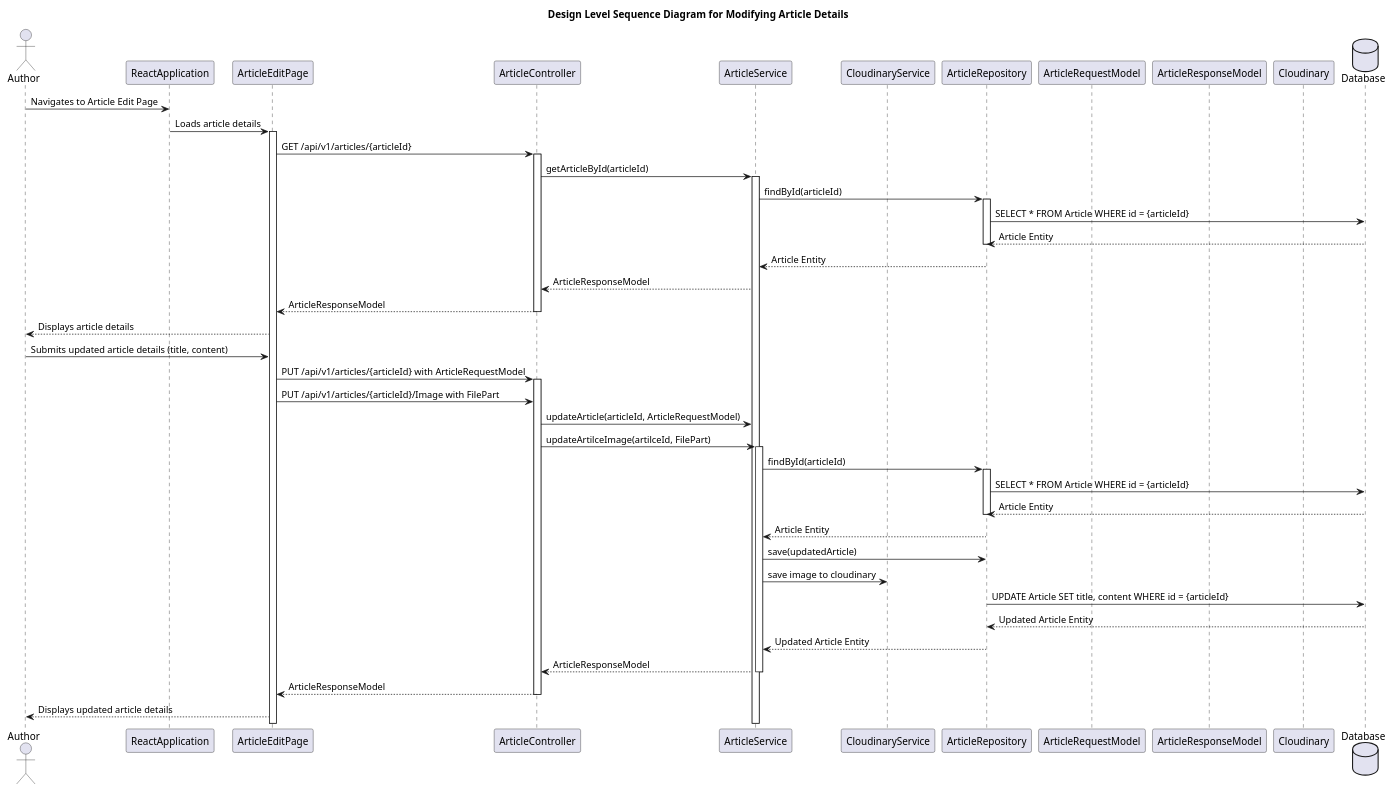
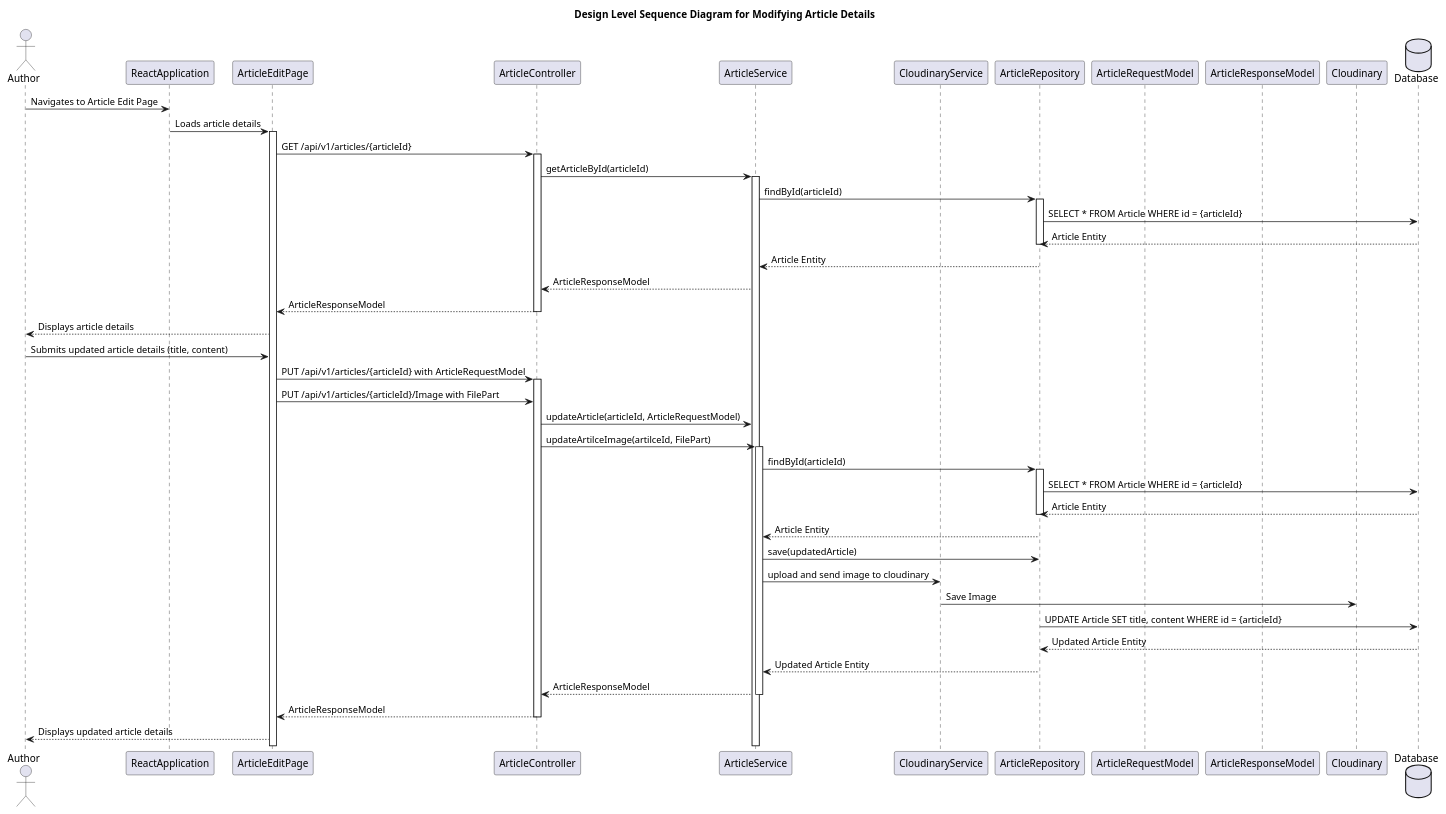
Before and after one commit to Valthefirst/league_alerts-ChamplainECP: the diagram in Diagrams/Sprints/Sprint3-Diagrams/DLSD/DLSDUpdateArticleImage.puml, drawn with PlantUML. The commit also changed 10 other files, not shown here.

Commit message:
added diagrams and changed axios url to match deployment

```diff
--- a/Diagrams/Sprints/Sprint3-Diagrams/DLSD/DLSDUpdateArticleImage.puml
+++ b/Diagrams/Sprints/Sprint3-Diagrams/DLSD/DLSDUpdateArticleImage.puml
@@ -1,61 +1,62 @@
 @startuml
 title Design Level Sequence Diagram for Modifying Article Details
 
 actor Author
 participant "ReactApplication" as RA
 participant "ArticleEditPage" as EditPage
 participant "ArticleController" as Controller
 participant "ArticleService" as Service
 participant "CloudinaryService" as CloudinaryService
 participant "ArticleRepository" as Repository
 participant "ArticleRequestModel" as RequestModel
 participant "ArticleResponseModel" as ResponseModel
 participant "Cloudinary" as Cloudinary
 database "Database" as DB
 
 Author -> RA : Navigates to Article Edit Page
 RA -> EditPage : Loads article details
 activate EditPage
 
 EditPage -> Controller : GET /api/v1/articles/{articleId}
 activate Controller
 Controller -> Service : getArticleById(articleId)
 activate Service
 Service -> Repository : findById(articleId)
 activate Repository
 Repository -> DB : SELECT * FROM Article WHERE id = {articleId}
 DB --> Repository : Article Entity
 deactivate Repository
 Repository --> Service : Article Entity
 Service --> Controller : ArticleResponseModel
 Controller --> EditPage : ArticleResponseModel
 deactivate Controller
 
 EditPage --> Author : Displays article details
 Author -> EditPage : Submits updated article details (title, content)
 EditPage -> Controller : PUT /api/v1/articles/{articleId} with ArticleRequestModel
 activate Controller
 EditPage -> Controller : PUT /api/v1/articles/{articleId}/Image with FilePart
 Controller -> Service : updateArticle(articleId, ArticleRequestModel)
 Controller -> Service : updateArtilceImage(artilceId, FilePart)
 activate Service
 Service -> Repository : findById(articleId)
 activate Repository
 Repository -> DB : SELECT * FROM Article WHERE id = {articleId}
 DB --> Repository : Article Entity
 deactivate Repository
 Repository --> Service : Article Entity
 
 Service -> Repository : save(updatedArticle)
-Service -> CloudinaryService: save image to cloudinary
+Service -> CloudinaryService: upload and send image to cloudinary
+CloudinaryService -> Cloudinary: Save Image
 Repository -> DB : UPDATE Article SET title, content WHERE id = {articleId}
 DB --> Repository : Updated Article Entity
 Repository --> Service : Updated Article Entity
 Service --> Controller : ArticleResponseModel
 deactivate Service
 Controller --> EditPage : ArticleResponseModel
 deactivate Controller
 
 EditPage --> Author : Displays updated article details
 
 @enduml
```
